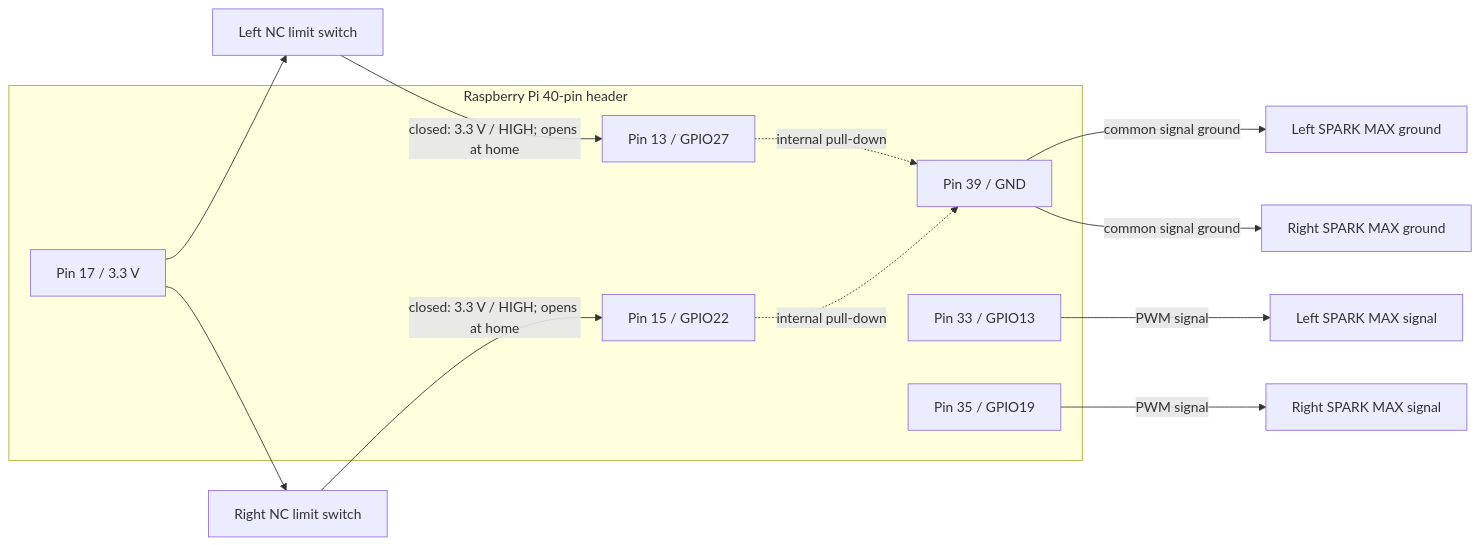
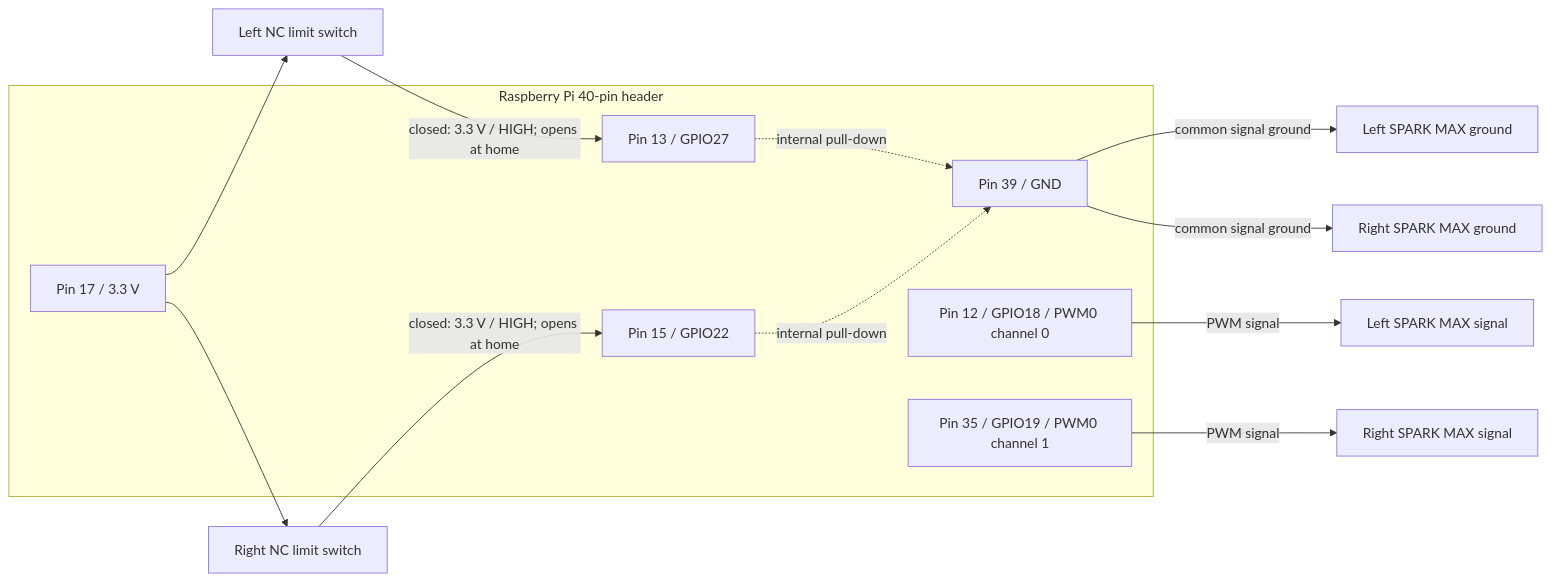
One commit to FRCTeam1987/LightUpTheNight changed the diagram in docs/wiring.md. Above: the diagram before and after it, drawn with Mermaid. The commit also changed other lines of this file and 9 other files, not shown here.

````diff
--- a/docs/wiring.md
+++ b/docs/wiring.md
@@ -27,23 +36,23 @@
 ```mermaid
 flowchart LR
     subgraph Pi["Raspberry Pi 40-pin header"]
-        P33["Pin 33 / GPIO13"]
-        P35["Pin 35 / GPIO19"]
+        P12["Pin 12 / GPIO18 / PWM0 channel 0"]
+        P35["Pin 35 / GPIO19 / PWM0 channel 1"]
         P13["Pin 13 / GPIO27"]
         P15["Pin 15 / GPIO22"]
         P39["Pin 39 / GND"]
         P17["Pin 17 / 3.3 V"]
     end
 
-    P33 -->|"PWM signal"| LeftPWM["Left SPARK MAX signal"]
+    P12 -->|"PWM signal"| LeftPWM["Left SPARK MAX signal"]
     P35 -->|"PWM signal"| RightPWM["Right SPARK MAX signal"]
     P39 -->|"common signal ground"| LeftGND["Left SPARK MAX ground"]
     P39 -->|"common signal ground"| RightGND["Right SPARK MAX ground"]
 
     P17 --> LeftSwitch["Left NC limit switch"]
     P17 --> RightSwitch["Right NC limit switch"]
     LeftSwitch -->|"closed: 3.3 V / HIGH; opens at home"| P13
     RightSwitch -->|"closed: 3.3 V / HIGH; opens at home"| P15
     P13 -.->|"internal pull-down"| P39
     P15 -.->|"internal pull-down"| P39
 ```
````
